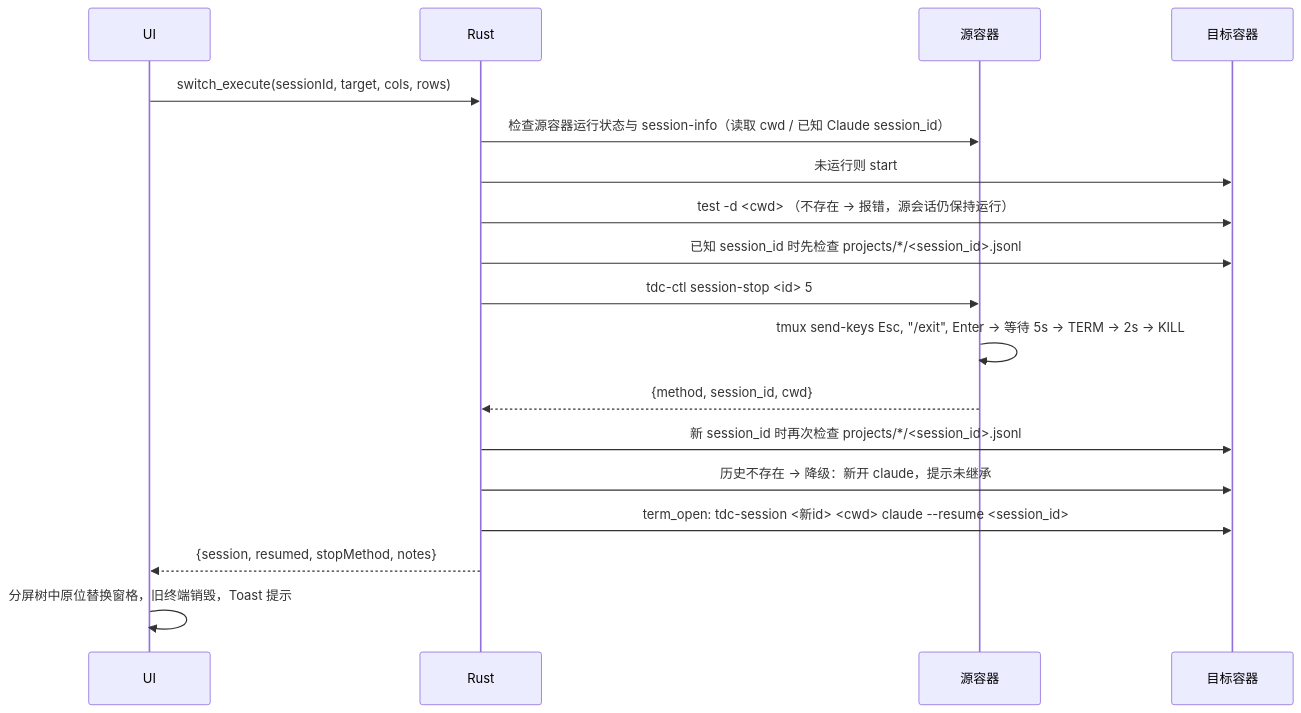
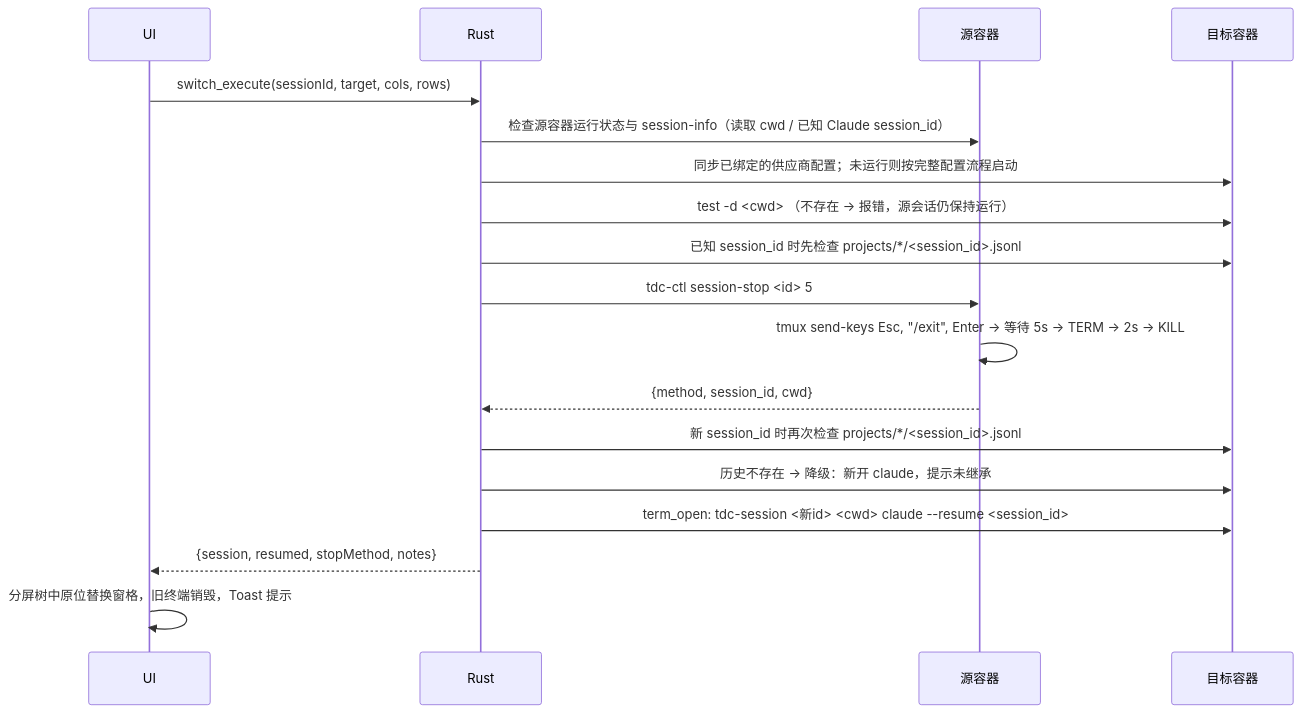
Before and after one commit to asia001-ya/cc-docker: the second of 2 diagrams in docs/03-quota-and-switch.md, drawn with Mermaid. The commit also changed other lines of this file and 80 other files, not shown here.

````diff
--- a/docs/03-quota-and-switch.md
+++ b/docs/03-quota-and-switch.md
@@ -133,20 +142,20 @@
 ```mermaid
 sequenceDiagram
     participant UI
     participant R as Rust
     participant A as 源容器
     participant B as 目标容器
     UI->>R: switch_execute(sessionId, target, cols, rows)
     R->>A: 检查源容器运行状态与 session-info（读取 cwd / 已知 Claude session_id）
-    R->>B: 未运行则 start
+    R->>B: 同步已绑定的供应商配置；未运行则按完整配置流程启动
     R->>B: test -d <cwd>            （不存在 → 报错，源会话仍保持运行）
     R->>B: 已知 session_id 时先检查 projects/*/<session_id>.jsonl
     R->>A: tdc-ctl session-stop <id> 5
     A->>A: tmux send-keys Esc, "/exit", Enter → 等待 5s → TERM → 2s → KILL
     A-->>R: {method, session_id, cwd}
     R->>B: 新 session_id 时再次检查 projects/*/<session_id>.jsonl
     R->>B: 历史不存在 → 降级：新开 claude，提示未继承
     R->>B: term_open: tdc-session <新id> <cwd> claude --resume <session_id>
     R-->>UI: {session, resumed, stopMethod, notes}
     UI->>UI: 分屏树中原位替换窗格，旧终端销毁，Toast 提示
 ```
````
